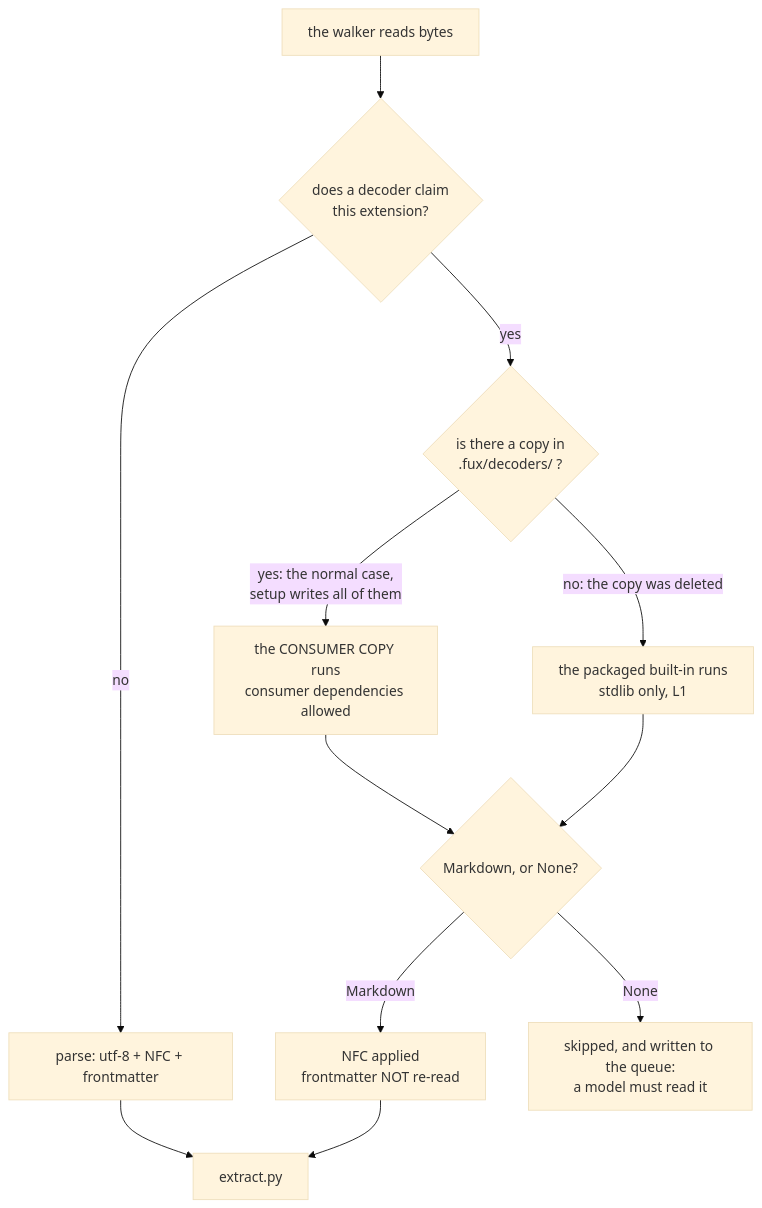
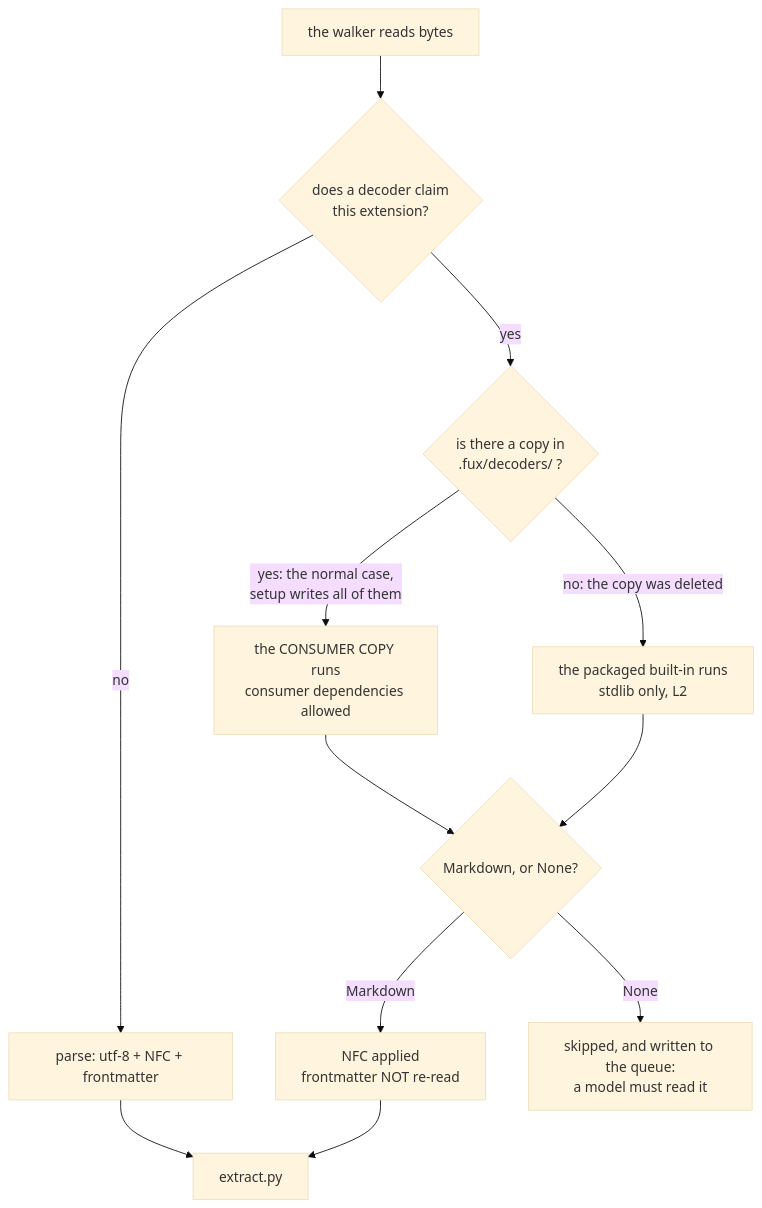
The diagram in records/0139_decode.md (arpitarya/fux), drawn with Mermaid (base theme) before and after one commit. The commit also changed other lines of this file and 351 other files, not shown here.

````diff
--- a/records/0139_decode.md
+++ b/records/0139_decode.md
@@ -52,14 +52,14 @@
 ```mermaid
 flowchart TD
     W["the walker reads bytes"] --> C{"does a decoder claim<br/>this extension?"}
     C -->|no| P["parse: utf-8 + NFC + frontmatter"]
     P --> X["extract.py"]
     C -->|yes| O{"is there a copy in<br/>.fux/decoders/ ?"}
     O -->|"yes: the normal case,<br/>setup writes all of them"| CD["the CONSUMER COPY runs<br/>consumer dependencies allowed"]
-    O -->|"no: the copy was deleted"| BD["the packaged built-in runs<br/>stdlib only, L1"]
+    O -->|"no: the copy was deleted"| BD["the packaged built-in runs<br/>stdlib only, L2"]
     CD --> R{"Markdown, or None?"}
     BD --> R
     R -->|Markdown| N["NFC applied<br/>frontmatter NOT re-read"]
     N --> X
     R -->|None| Q["skipped, and written to the queue:<br/>a model must read it"]
 ```
````
